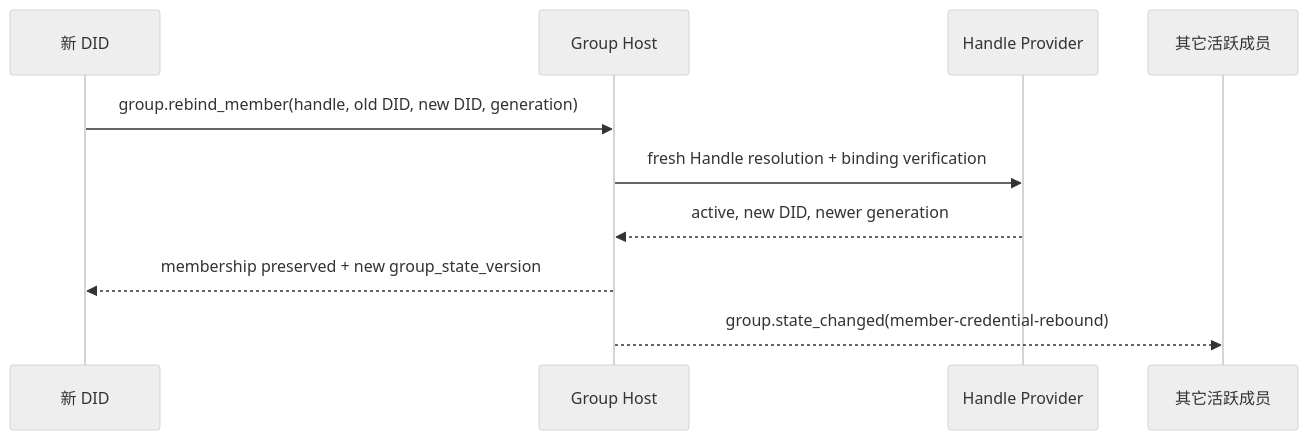
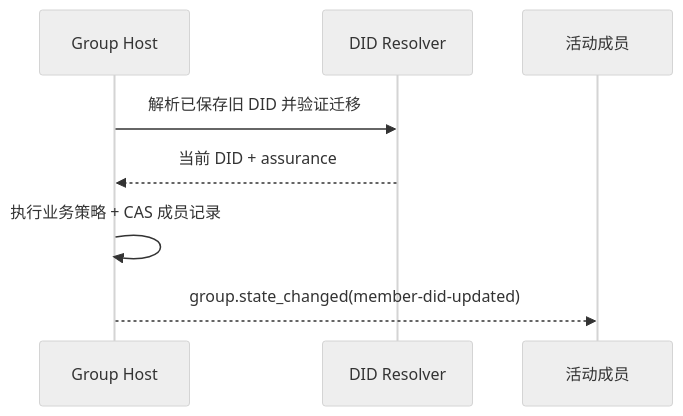
Before and after one commit to NeatNerdPrime/AgentNetworkProtocol: the sixth of 6 diagrams in chinese/message/vnext/04-群组基础语义.md, drawn with Mermaid (neutral theme). The commit also changed other lines of this file and 19 other files, not shown here.

````diff
--- a/chinese/message/vnext/04-群组基础语义.md
+++ b/chinese/message/vnext/04-群组基础语义.md
@@ -1135,13 +994,11 @@
 ```mermaid
 sequenceDiagram
-    participant N as 新 DID
     participant H as Group Host
-    participant W as Handle Provider
-    participant M as 其它活跃成员
+    participant D as DID Resolver
+    participant M as 活动成员
 
-    N->>H: group.rebind_member(handle, old DID, new DID, generation)
-    H->>W: fresh Handle resolution + binding verification
-    W-->>H: active, new DID, newer generation
-    H-->>N: membership preserved + new group_state_version
-    H-->>M: group.state_changed(member-credential-rebound)
+    H->>D: 解析已保存旧 DID 并验证迁移
+    D-->>H: 当前 DID + assurance
+    H->>H: 执行业务策略 + CAS 成员记录
+    H-->>M: group.state_changed(member-did-updated)
 ```
````
